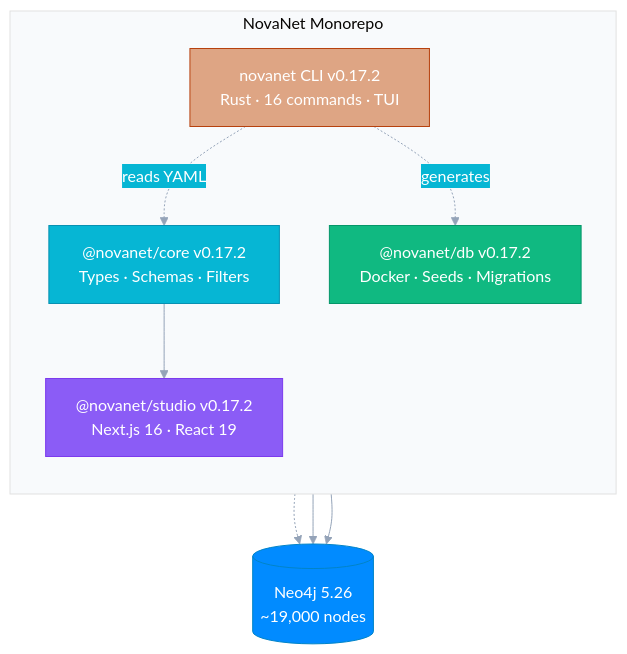
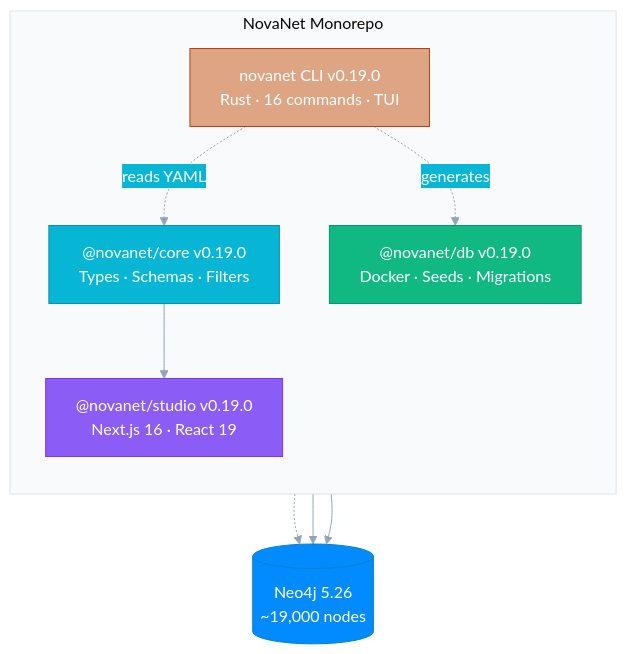
One commit to supernovae-st/novanet changed the diagram in README.md. Above: the diagram before and after it, drawn with Mermaid. The commit also changed other lines of this file and 6 other files, not shown here.

````diff
--- a/README.md
+++ b/README.md
@@ -46,33 +46,33 @@
 ```mermaid
 %%{init: {'theme': 'base', 'themeVariables': {
   'primaryColor': '#6366f1',
   'primaryTextColor': '#fff',
   'primaryBorderColor': '#4f46e5',
   'lineColor': '#94a3b8',
   'secondaryColor': '#06b6d4',
   'tertiaryColor': '#f8fafc'
 }}}%%
 flowchart TB
     subgraph MONO["NovaNet Monorepo"]
         direction TB
-        CORE["@novanet/core v0.17.2\nTypes · Schemas · Filters"]
-        DB["@novanet/db v0.17.2\nDocker · Seeds · Migrations"]
-        STUDIO["@novanet/studio v0.17.2\nNext.js 16 · React 19"]
-        RUST["novanet CLI v0.17.2\nRust · 16 commands · TUI"]
+        CORE["@novanet/core v0.19.0\nTypes · Schemas · Filters"]
+        DB["@novanet/db v0.19.0\nDocker · Seeds · Migrations"]
+        STUDIO["@novanet/studio v0.19.0\nNext.js 16 · React 19"]
+        RUST["novanet CLI v0.19.0\nRust · 16 commands · TUI"]
     end
 
     CORE --> STUDIO
     RUST -.->|reads YAML| CORE
     RUST -.->|generates| DB
 
     NEO4J[("Neo4j 5.26\n~19,000 nodes")]
     DB -.-> NEO4J
     STUDIO --> NEO4J
     RUST --> NEO4J
 
     style CORE fill:#06b6d4,stroke:#0891b2,color:#fff
     style DB fill:#10b981,stroke:#059669,color:#fff
     style STUDIO fill:#8b5cf6,stroke:#7c3aed,color:#fff
     style RUST fill:#DEA584,stroke:#B7410E,color:#fff
     style NEO4J fill:#018bff,stroke:#0284c7,color:#fff
 ```
````
